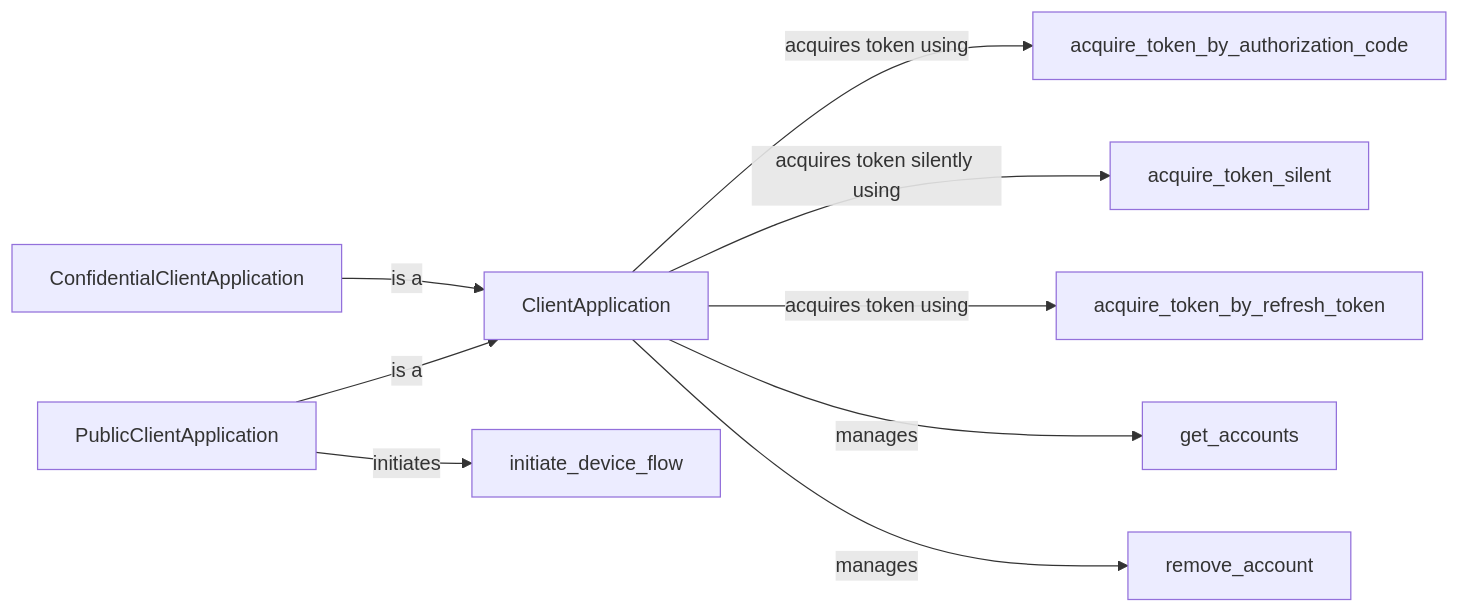
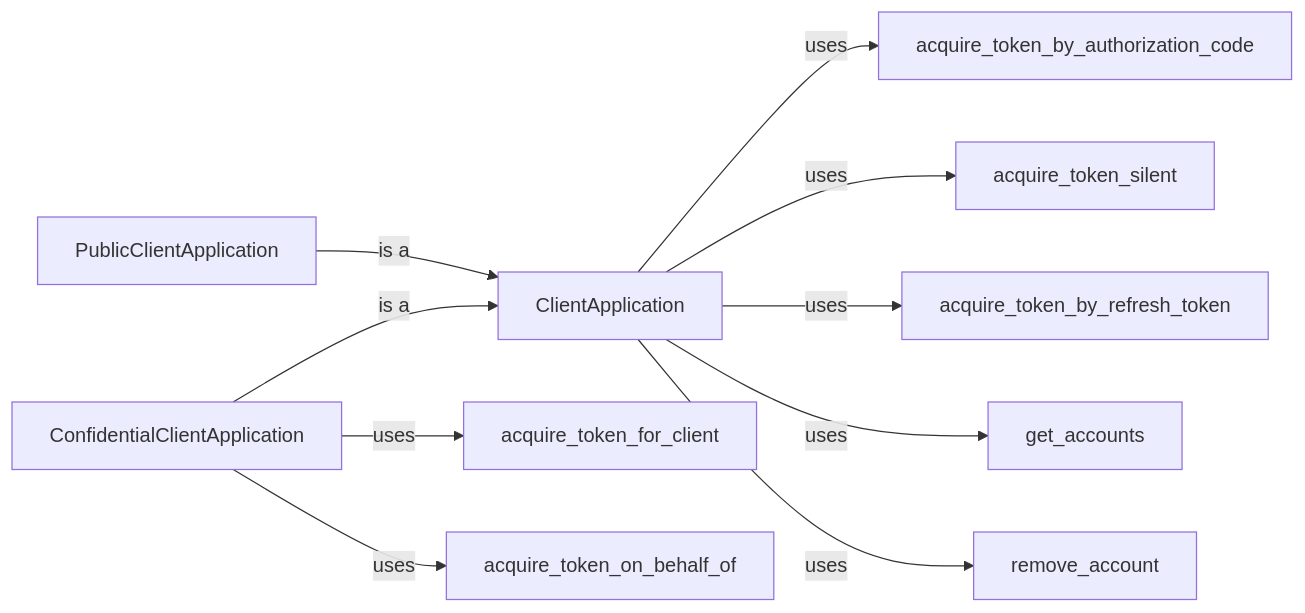
Before and after one commit to CodeBoarding/GeneratedOnBoardings: the diagram in microsoft-authentication-library-for-python/Application Client Interface.md, drawn with Mermaid. The commit also changed other lines of this file and 14 other files, not shown here.

````diff
--- a/microsoft-authentication-library-for-python/Application Client Interface.md
+++ b/microsoft-authentication-library-for-python/Application Client Interface.md
@@ -1,20 +1,22 @@
 ```mermaid
 graph LR
     ClientApplication["ClientApplication"]
     PublicClientApplication["PublicClientApplication"]
     ConfidentialClientApplication["ConfidentialClientApplication"]
     acquire_token_by_authorization_code["acquire_token_by_authorization_code"]
     acquire_token_silent["acquire_token_silent"]
     acquire_token_by_refresh_token["acquire_token_by_refresh_token"]
+    acquire_token_for_client["acquire_token_for_client"]
+    acquire_token_on_behalf_of["acquire_token_on_behalf_of"]
     get_accounts["get_accounts"]
     remove_account["remove_account"]
-    initiate_device_flow["initiate_device_flow"]
     PublicClientApplication -- "is a" --> ClientApplication
     ConfidentialClientApplication -- "is a" --> ClientApplication
-    ClientApplication -- "acquires token using" --> acquire_token_by_authorization_code
-    ClientApplication -- "acquires token silently using" --> acquire_token_silent
-    ClientApplication -- "acquires token using" --> acquire_token_by_refresh_token
-    ClientApplication -- "manages" --> get_accounts
-    ClientApplication -- "manages" --> remove_account
-    PublicClientApplication -- "initiates" --> initiate_device_flow
+    ClientApplication -- "uses" --> acquire_token_by_authorization_code
+    ClientApplication -- "uses" --> acquire_token_silent
+    ClientApplication -- "uses" --> acquire_token_by_refresh_token
+    ConfidentialClientApplication -- "uses" --> acquire_token_for_client
+    ConfidentialClientApplication -- "uses" --> acquire_token_on_behalf_of
+    ClientApplication -- "uses" --> get_accounts
+    ClientApplication -- "uses" --> remove_account
 ```
````
